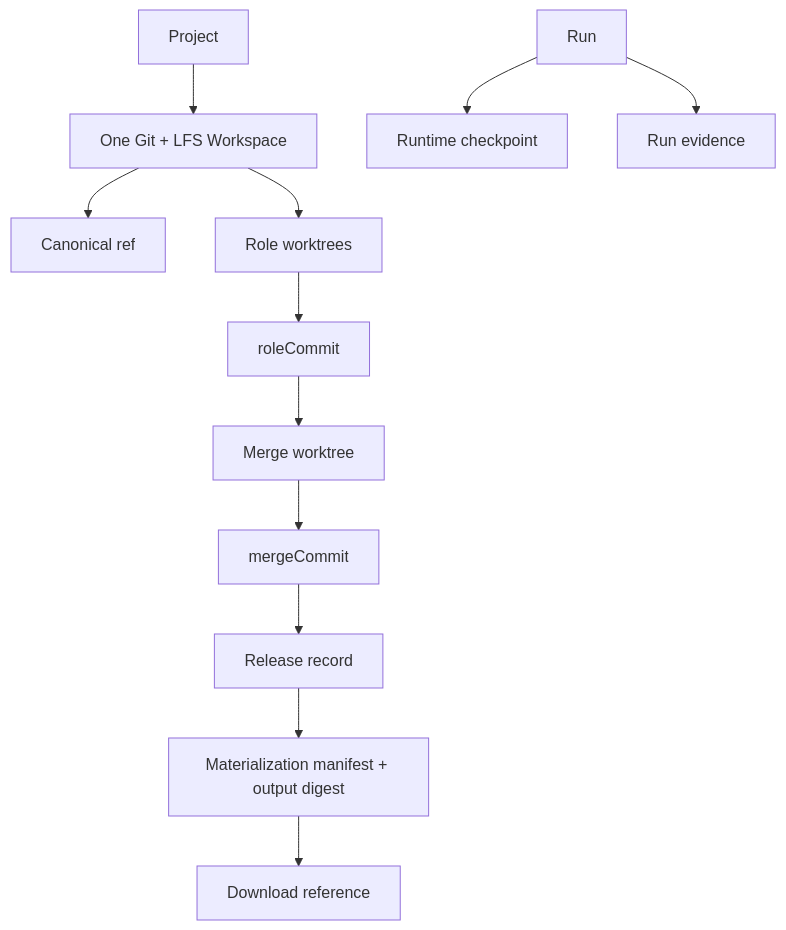
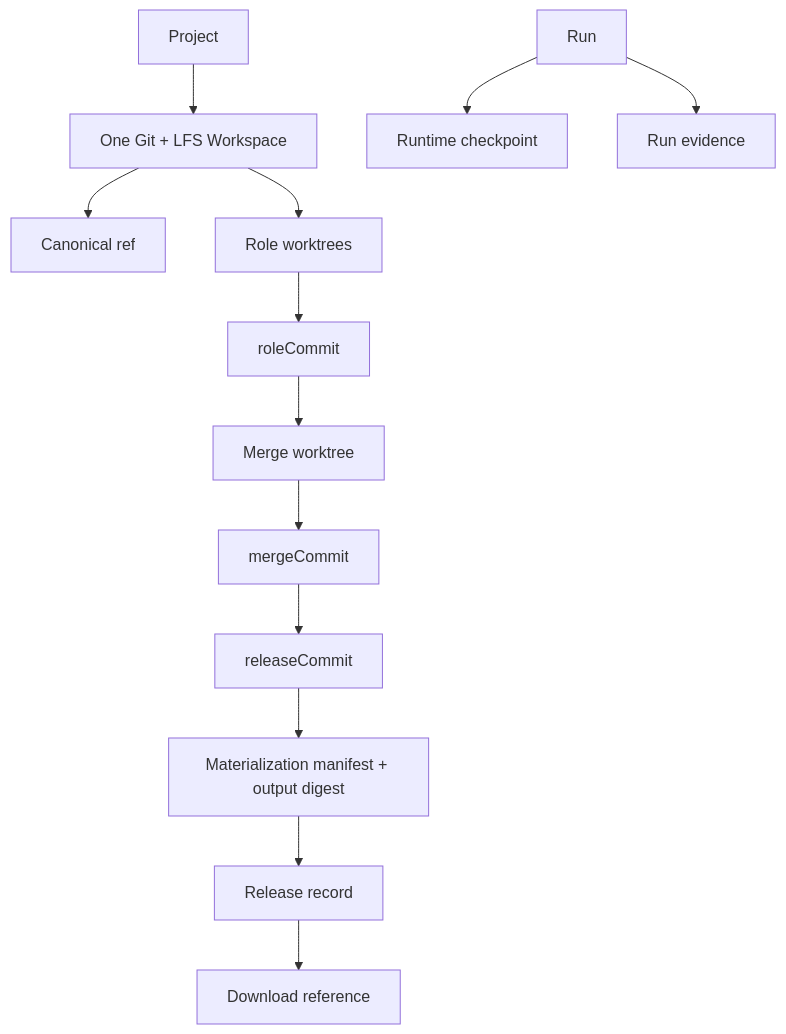
Before and after one commit to Fredericzhou/ogsystem: the first of 3 diagrams in docs/development/v2-workspace-collaboration-design-and-acceptance.md, drawn with Mermaid. The commit also changed other lines of this file, not shown here.

````diff
--- a/docs/development/v2-workspace-collaboration-design-and-acceptance.md
+++ b/docs/development/v2-workspace-collaboration-design-and-acceptance.md
@@ -55,14 +70,15 @@
 ```mermaid
 flowchart TB
     P[Project] --> W[One Git + LFS Workspace]
     W --> C[Canonical ref]
     W --> WT[Role worktrees]
     WT --> RC[roleCommit]
     RC --> M[Merge worktree]
     M --> MC[mergeCommit]
+    MC --> RLC[releaseCommit]
     R[Run] --> CP[Runtime checkpoint]
     R --> E[Run evidence]
-    MC --> REL[Release record]
-    REL --> MAT[Materialization manifest + output digest]
-    MAT --> D[Download reference]
+    RLC --> MAT[Materialization manifest + output digest]
+    MAT --> REL[Release record]
+    REL --> D[Download reference]
 ```
````
